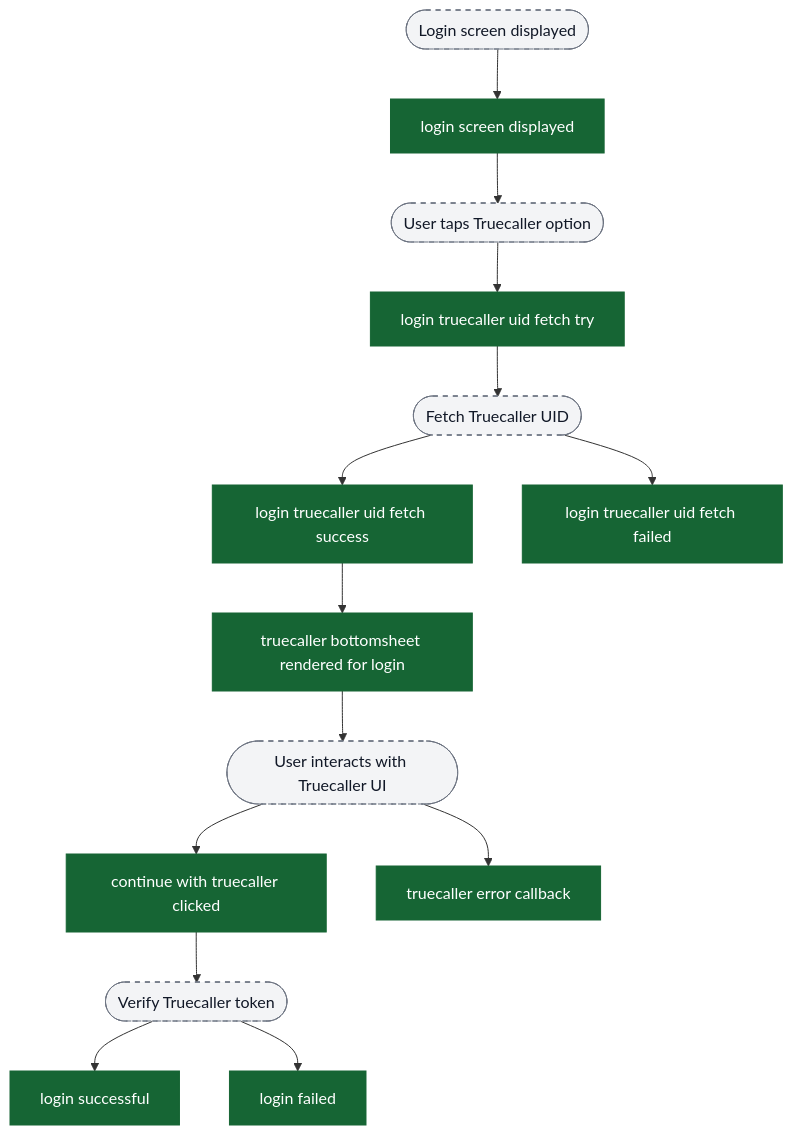
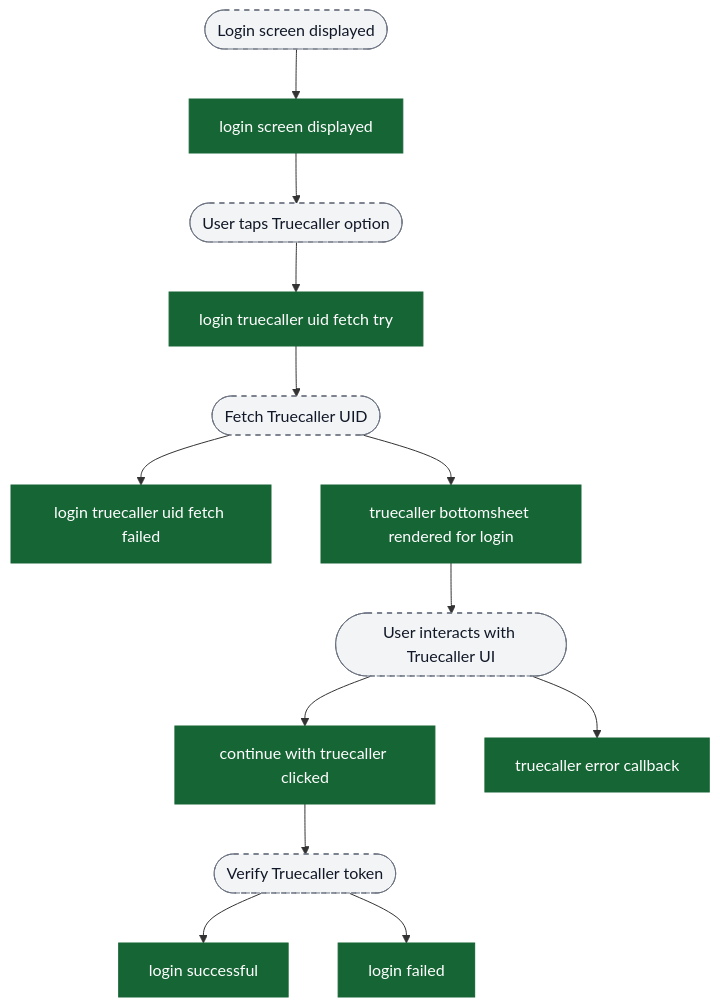
One commit to ratulsarna/chalo-app-dashboard changed the fourth of 5 diagrams in content/analytics/authentication/flow-diagrams.md. Above: the diagram before and after it, drawn with Mermaid. The commit also changed other lines of this file and 2 other files, not shown here.

Commit message:
feat(analytics): update events and flow diagrams for authentication, including new properties and descriptions

````diff
--- a/content/analytics/authentication/flow-diagrams.md
+++ b/content/analytics/authentication/flow-diagrams.md
@@ -103,27 +101,25 @@
 ```mermaid
 flowchart TD
   ui_loginScreen([Login screen displayed]) --> ev_screenOpen["login screen displayed"]
 
   ev_screenOpen --> ui_userSelectsTruecaller([User taps Truecaller option])
   ui_userSelectsTruecaller --> ev_uidFetchTry["login truecaller uid fetch try"]
 
   ev_uidFetchTry --> ui_uidFetch([Fetch Truecaller UID])
-  ui_uidFetch --> ev_uidFetchSuccess["login truecaller uid fetch success"]
   ui_uidFetch --> ev_uidFetchFailed["login truecaller uid fetch failed"]
-
-  ev_uidFetchSuccess --> ev_bottomSheetRendered["truecaller bottomsheet rendered for login"]
+  ui_uidFetch --> ev_bottomSheetRendered["truecaller bottomsheet rendered for login"]
 
   ev_bottomSheetRendered --> ui_truecallerAuth([User interacts with Truecaller UI])
   ui_truecallerAuth --> ev_continueWithTruecaller["continue with truecaller clicked"]
   ui_truecallerAuth --> ev_truecallerError["truecaller error callback"]
 
   ev_continueWithTruecaller --> ui_verifyTruecaller([Verify Truecaller token])
   ui_verifyTruecaller --> ev_loginSuccess["login successful"]
   ui_verifyTruecaller --> ev_loginFailed["login failed"]
 
   classDef event fill:#166534,stroke:#166534,color:#ffffff;
   classDef ui fill:#f3f4f6,stroke:#6b7280,stroke-dasharray: 5 5,color:#111827;
 
-  class ev_screenOpen,ev_uidFetchTry,ev_uidFetchSuccess,ev_uidFetchFailed,ev_bottomSheetRendered,ev_continueWithTruecaller,ev_truecallerError,ev_loginSuccess,ev_loginFailed event;
+  class ev_screenOpen,ev_uidFetchTry,ev_uidFetchFailed,ev_bottomSheetRendered,ev_continueWithTruecaller,ev_truecallerError,ev_loginSuccess,ev_loginFailed event;
   class ui_loginScreen,ui_userSelectsTruecaller,ui_uidFetch,ui_truecallerAuth,ui_verifyTruecaller ui;
 ```
````
